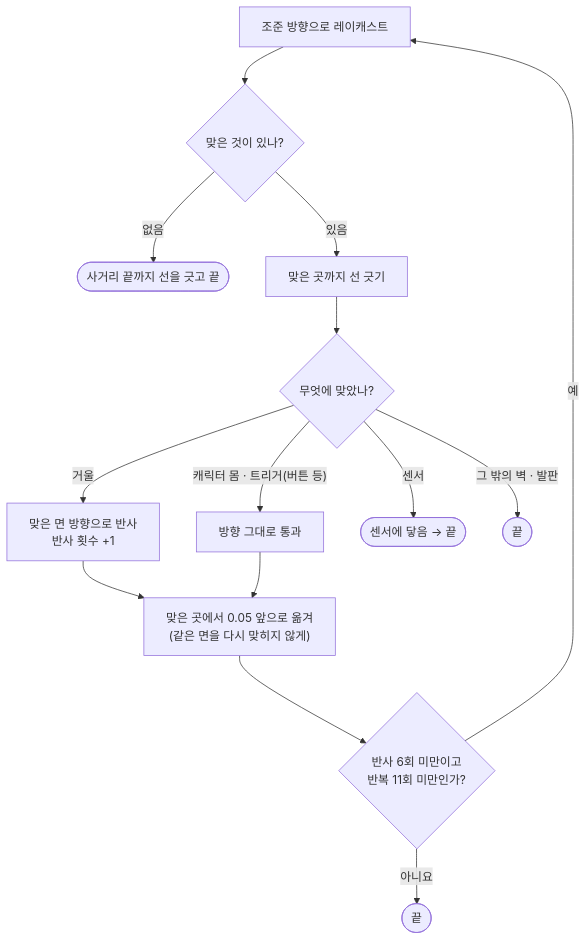
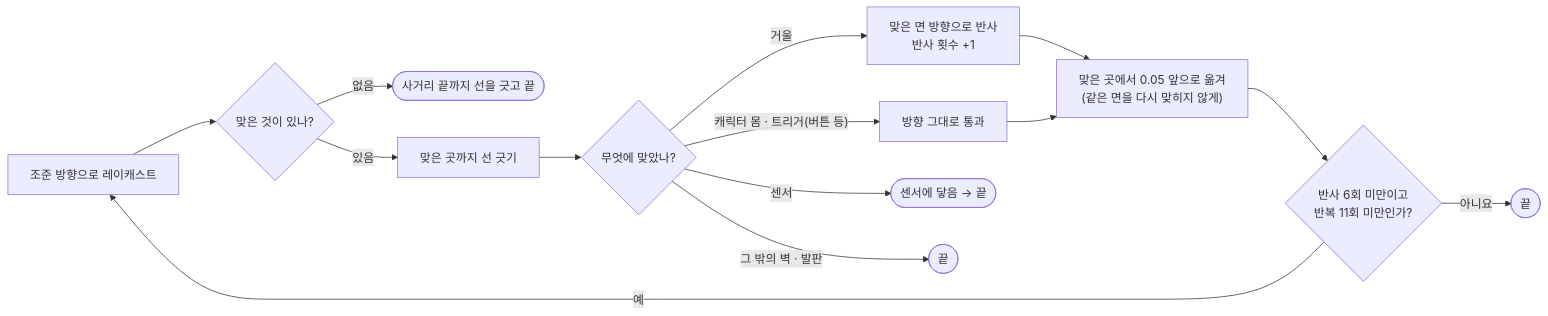
One commit to krKooHoo/portfolio-template changed the fourth of 8 diagrams in src/Shifter/Shifter_기술문서.md. Above: the diagram before and after it, drawn with Mermaid. The commit also changed other lines of this file, not shown here.

````diff
--- a/src/Shifter/Shifter_기술문서.md
+++ b/src/Shifter/Shifter_기술문서.md
@@ -208,16 +207,16 @@
 ```mermaid
-flowchart TB
+flowchart LR
     S["조준 방향으로 레이캐스트"] --> H{"맞은 것이 있나?"}
     H -->|"없음"| E1(["사거리 끝까지 선을 긋고 끝"])
     H -->|"있음"| D["맞은 곳까지 선 긋기"]
     D --> W{"무엇에 맞았나?"}
     W -->|"거울"| R["맞은 면 방향으로 반사<br/>반사 횟수 +1"]
     W -->|"캐릭터 몸 · 트리거(버튼 등)"| P["방향 그대로 통과"]
     W -->|"센서"| OK(["센서에 닿음 → 끝"])
     W -->|"그 밖의 벽 · 발판"| E2(["끝"])
     R --> N["맞은 곳에서 0.05 앞으로 옮겨<br/>(같은 면을 다시 맞히지 않게)"]
     P --> N
     N --> C{"반사 6회 미만이고<br/>반복 11회 미만인가?"}
     C -->|"예"| S
     C -->|"아니요"| E3(["끝"])
 ```
````
